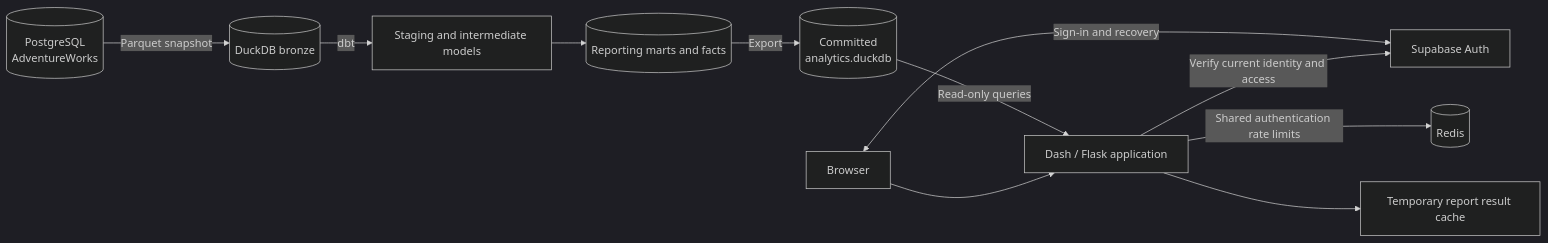
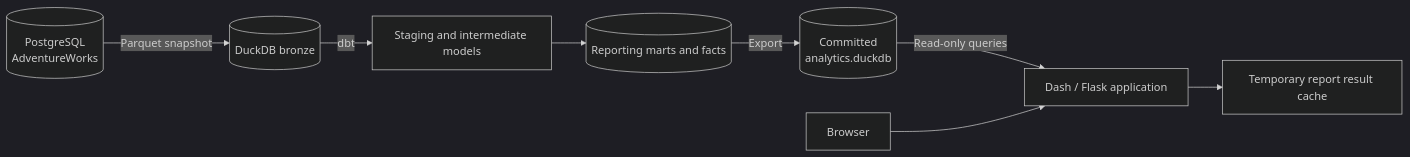
The diagram in README.md (Datanerdbytes/adventureworks-data-platform), drawn with Mermaid (dark theme) before and after one commit. The commit also changed other lines of this file and 65 other files, not shown here.

````diff
--- a/README.md
+++ b/README.md
@@ -43,13 +39,10 @@
 ```mermaid
 flowchart LR
     PG[(PostgreSQL\nAdventureWorks)] -->|Parquet snapshot| BRONZE[(DuckDB bronze)]
     BRONZE -->|dbt| SILVER[Staging and intermediate models]
     SILVER --> GOLD[(Reporting marts and facts)]
     GOLD -->|Export| ARTIFACT[(Committed\nanalytics.duckdb)]
     ARTIFACT -->|Read-only queries| APP[Dash / Flask application]
     USER[Browser] --> APP
-    USER <-->|Sign-in and recovery| AUTH[Supabase Auth]
-    APP -->|Verify current identity and access| AUTH
-    APP -->|Shared authentication rate limits| REDIS[(Redis)]
     APP --> CACHE[Temporary report result cache]
 ```
````
